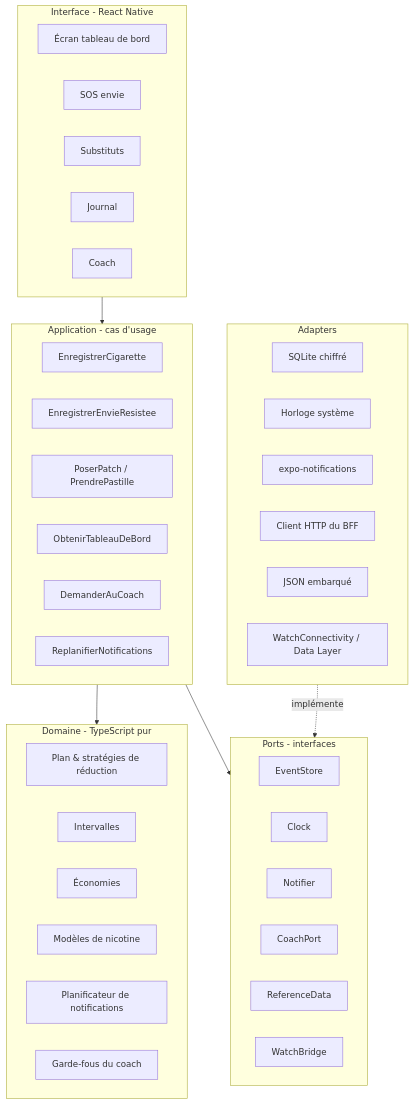
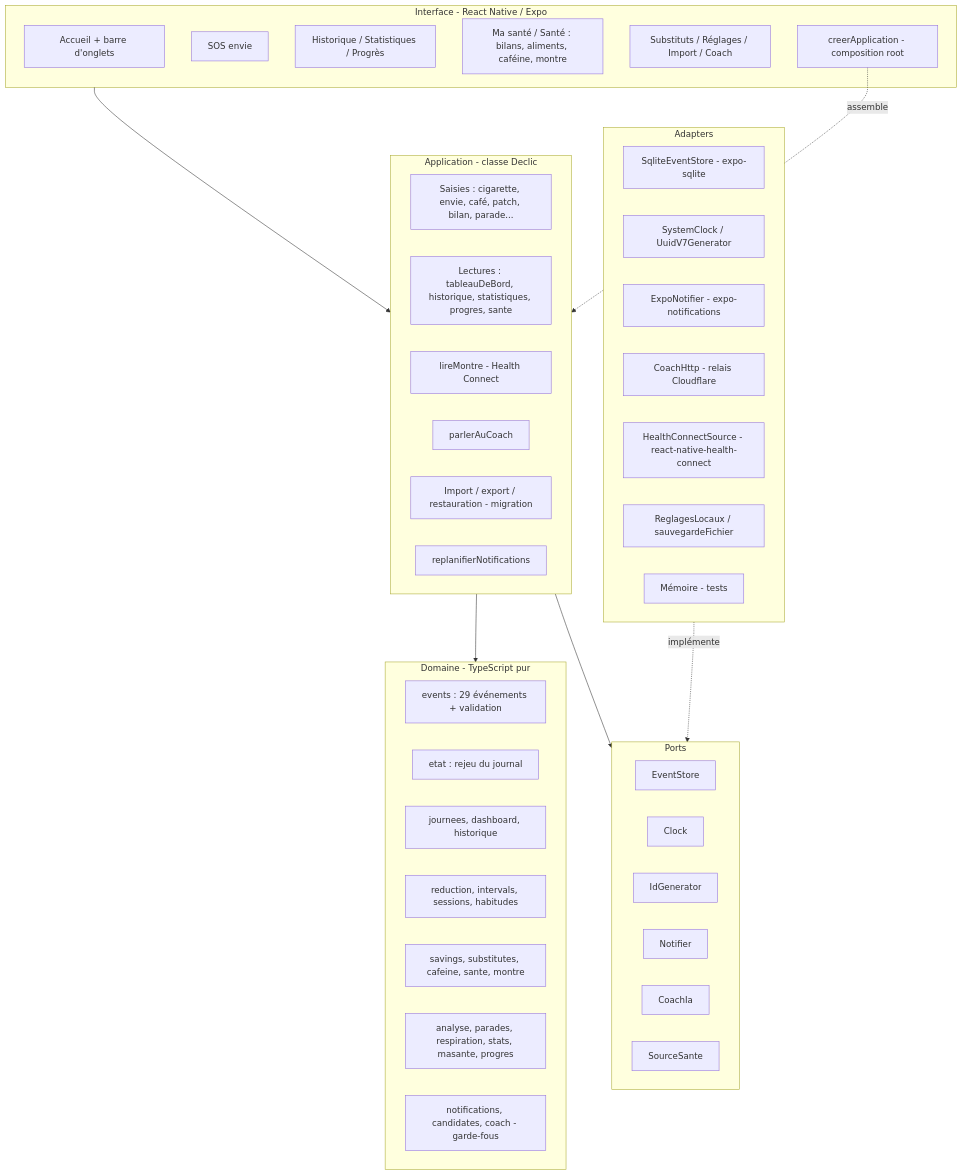
One commit to zdmooc/declic-quit-coach changed the first of 5 diagrams in docs/architecture/03-architecture-applicative.md. Above: the diagram before and after it, drawn with Mermaid. The commit also changed other lines of this file and 11 other files, not shown here.

First line of the commit message:
docs(architecture): remise à niveau 01 à 07 sur le code, ADR-0005 et 0006, revue d'architecture (08)

````diff
--- a/docs/architecture/03-architecture-applicative.md
+++ b/docs/architecture/03-architecture-applicative.md
@@ -20,45 +20,49 @@
 ```mermaid
 flowchart TB
-  subgraph UI[Interface - React Native]
-    S1[Écran tableau de bord]
+  subgraph UI[Interface - React Native / Expo]
+    S1[Accueil + barre d'onglets]
     S2[SOS envie]
-    S3[Substituts]
-    S4[Journal]
-    S5[Coach]
+    S3[Historique / Statistiques / Progrès]
+    S4[Ma santé / Santé : bilans, aliments, caféine, montre]
+    S5[Substituts / Réglages / Import / Coach]
+    CR[creerApplication - composition root]
   end
-  subgraph APP[Application - cas d'usage]
-    A1[EnregistrerCigarette]
-    A2[EnregistrerEnvieResistee]
-    A3[PoserPatch / PrendrePastille]
-    A4[ObtenirTableauDeBord]
-    A5[DemanderAuCoach]
-    A6[ReplanifierNotifications]
+  subgraph APP[Application - classe Declic]
+    A1[Saisies : cigarette, envie, café, patch, bilan, parade...]
+    A2[Lectures : tableauDeBord, historique, statistiques, progres, sante]
+    A3[lireMontre - Health Connect]
+    A4[parlerAuCoach]
+    A5[Import / export / restauration - migration]
+    A6[replanifierNotifications]
   end
   subgraph DOM[Domaine - TypeScript pur]
-    D1[Plan & stratégies de réduction]
-    D2[Intervalles]
-    D3[Économies]
-    D4[Modèles de nicotine]
-    D5[Planificateur de notifications]
-    D6[Garde-fous du coach]
+    D0[events : 29 événements + validation]
+    D1[etat : rejeu du journal]
+    D2[journees, dashboard, historique]
+    D3[reduction, intervals, sessions, habitudes]
+    D4[savings, substitutes, cafeine, sante, montre]
+    D5[analyse, parades, respiration, stats, masante, progres]
+    D6[notifications, candidates, coach - garde-fous]
   end
-  subgraph PORTS[Ports - interfaces]
+  subgraph PORTS[Ports]
     P1[EventStore]
     P2[Clock]
-    P3[Notifier]
-    P4[CoachPort]
-    P5[ReferenceData]
-    P6[WatchBridge]
+    P3[IdGenerator]
+    P4[Notifier]
+    P5[CoachIa]
+    P6[SourceSante]
   end
   subgraph ADP[Adapters]
-    AD1[SQLite chiffré]
-    AD2[Horloge système]
-    AD3[expo-notifications]
-    AD4[Client HTTP du BFF]
-    AD5[JSON embarqué]
-    AD6[WatchConnectivity / Data Layer]
+    AD1[SqliteEventStore - expo-sqlite]
+    AD2[SystemClock / UuidV7Generator]
+    AD3[ExpoNotifier - expo-notifications]
+    AD4[CoachHttp - relais Cloudflare]
+    AD5[HealthConnectSource - react-native-health-connect]
+    AD6[ReglagesLocaux / sauvegardeFichier]
+    AD7[Mémoire - tests]
   end
   UI --> APP --> DOM
   APP --> PORTS
+  CR -. assemble .-> APP
   ADP -. implémente .-> PORTS
 ```
````
